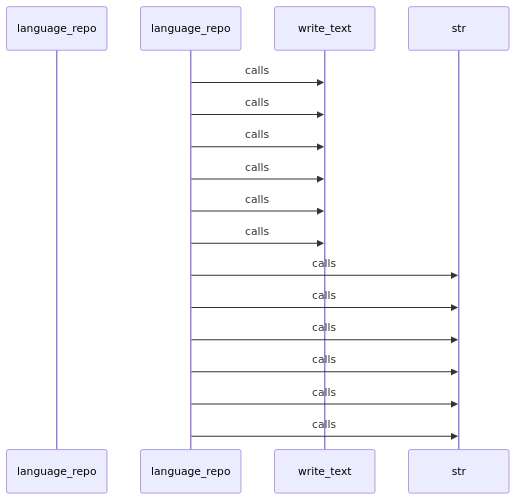
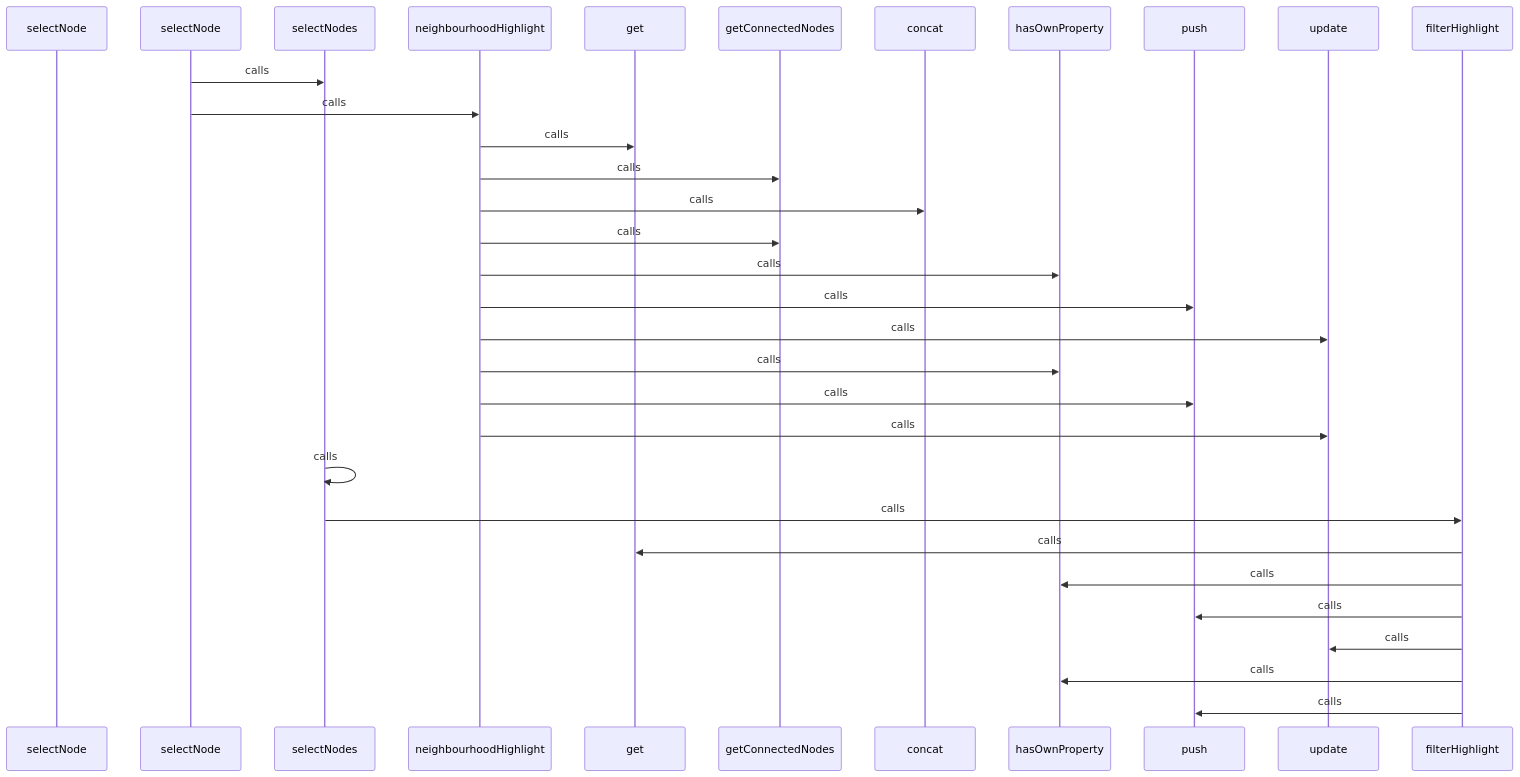
Diagram 24 of 28 in docs/CALL_FLOW.md (hazalkoom/DECODEx01), drawn with Mermaid before and after one commit. The commit also changed other lines of this file and 6 other files, not shown here.

Commit message:
feat: NLG heuristic improvements - stricter schema matching, python decorator parsing, utility path pruning

````diff
--- a/docs/CALL_FLOW.md
+++ b/docs/CALL_FLOW.md
@@ -785,53 +955,85 @@
 ```mermaid
 sequenceDiagram
-    participant Start as language_repo
+    participant Start as selectNode
 
 
-    language_repo->>write_text: calls
+    selectNode->>selectNodes: calls
 
 
 
-    language_repo->>write_text: calls
+    selectNode->>neighbourhoodHighlight: calls
 
 
 
-    language_repo->>write_text: calls
+    neighbourhoodHighlight->>get: calls
 
 
 
-    language_repo->>write_text: calls
+    neighbourhoodHighlight->>getConnectedNodes: calls
 
 
 
-    language_repo->>write_text: calls
+    neighbourhoodHighlight->>concat: calls
 
 
 
-    language_repo->>write_text: calls
+    neighbourhoodHighlight->>getConnectedNodes: calls
 
 
 
-    language_repo->>str: calls
+    neighbourhoodHighlight->>hasOwnProperty: calls
 
 
 
-    language_repo->>str: calls
+    neighbourhoodHighlight->>push: calls
 
 
 
-    language_repo->>str: calls
+    neighbourhoodHighlight->>update: calls
 
 
 
-    language_repo->>str: calls
+    neighbourhoodHighlight->>hasOwnProperty: calls
 
 
 
-    language_repo->>str: calls
+    neighbourhoodHighlight->>push: calls
 
 
 
-    language_repo->>str: calls
+    neighbourhoodHighlight->>update: calls
+
+
+
+    selectNodes->>selectNodes: calls
+
+
+
+    selectNodes->>filterHighlight: calls
+
+
+
+    filterHighlight->>get: calls
+
+
+
+    filterHighlight->>hasOwnProperty: calls
+
+
+
+    filterHighlight->>push: calls
+
+
+
+    filterHighlight->>update: calls
+
+
+
+    filterHighlight->>hasOwnProperty: calls
+
+
+
+    filterHighlight->>push: calls
 
 
 ```
````
